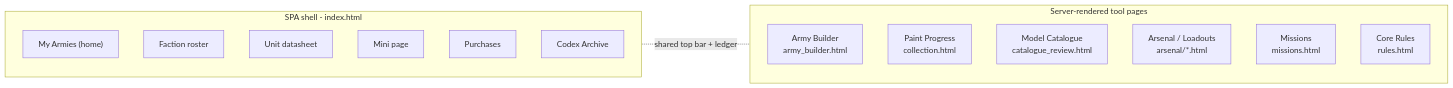
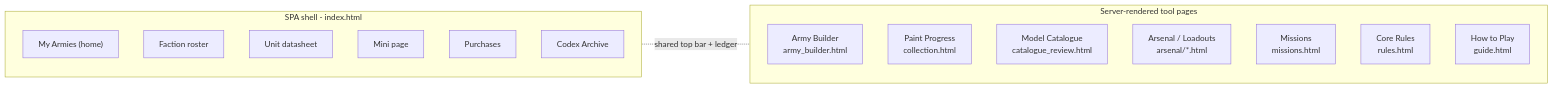
One commit to Unfunded8495/Codex-Armorum changed the second of 12 diagrams in CODEX_ARMORUM_APP_MAP.md. Above: the diagram before and after it, drawn with Mermaid. The commit also changed other lines of this file and 21 other files, not shown here.

````diff
--- a/CODEX_ARMORUM_APP_MAP.md
+++ b/CODEX_ARMORUM_APP_MAP.md
@@ -93,22 +93,23 @@
 ```mermaid
 flowchart LR
     subgraph A["SPA shell - index.html"]
         direction TB
         a1["My Armies (home)"]
         a2["Faction roster"]
         a3["Unit datasheet"]
         a4["Mini page"]
         a5["Purchases"]
         a6["Codex Archive"]
     end
     subgraph B["Server-rendered tool pages"]
         direction TB
         b1["Army Builder<br/>army_builder.html"]
         b2["Paint Progress<br/>collection.html"]
         b3["Model Catalogue<br/>catalogue_review.html"]
         b4["Arsenal / Loadouts<br/>arsenal/*.html"]
         b5["Missions<br/>missions.html"]
         b6["Core Rules<br/>rules.html"]
+        b7["How to Play<br/>guide.html"]
     end
     A -.shared top bar + ledger.- B
 ```
````
